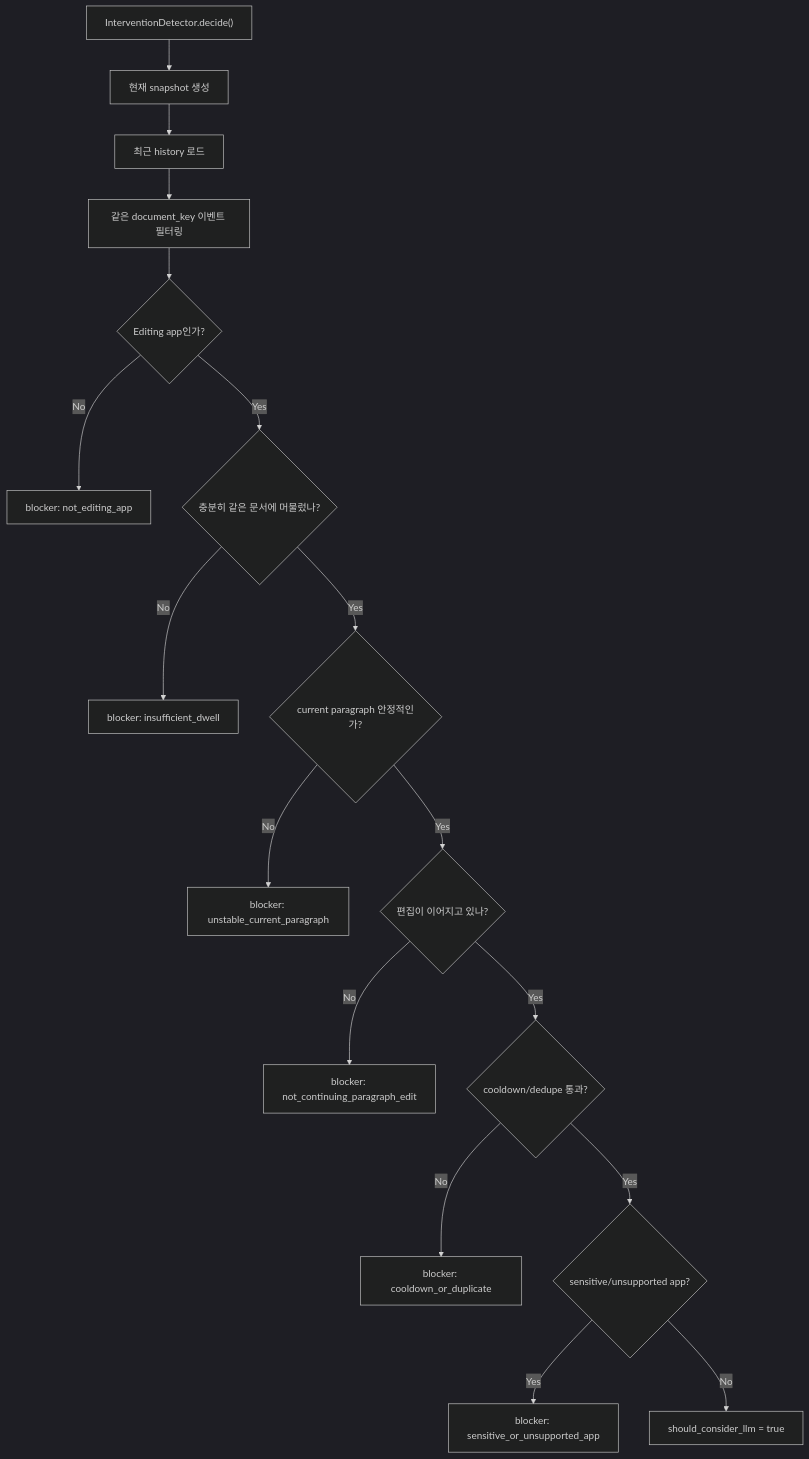
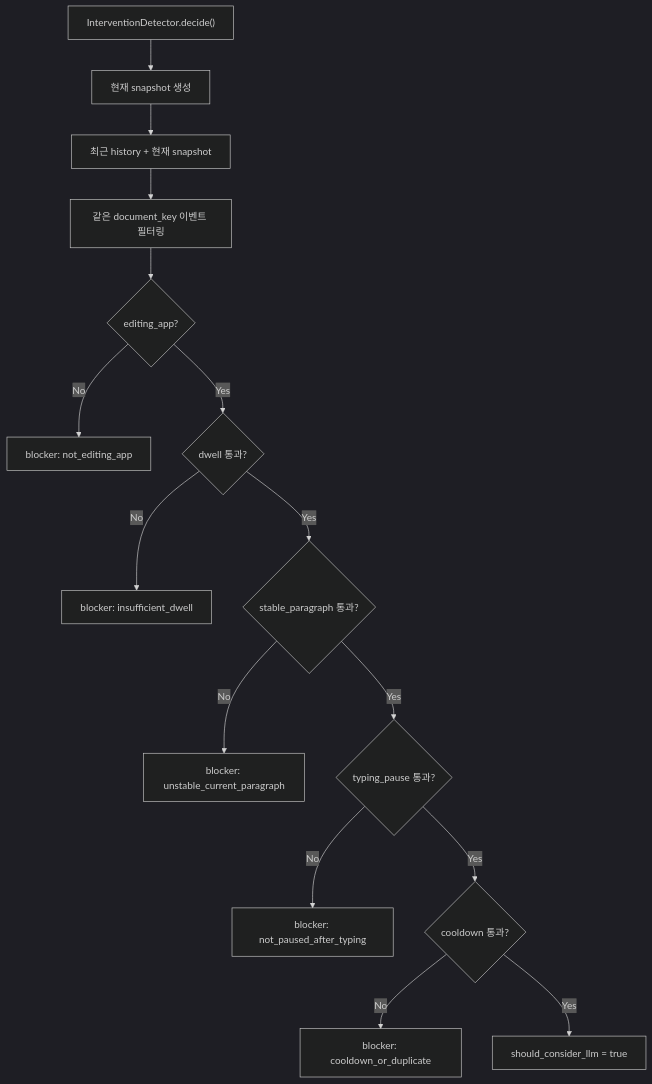
Before and after one commit to 2026-1-CAU-Capstone-Design-Team2/veritas: the diagram in services/screen_tool_funcs/README.md, drawn with Mermaid (dark theme). The commit also changed other lines of this file and 6 other files, not shown here.

````diff
--- a/services/screen_tool_funcs/README.md
+++ b/services/screen_tool_funcs/README.md
@@ -426,19 +242,17 @@
 ```mermaid
 flowchart TD
     A["InterventionDetector.decide()"] --> B["현재 snapshot 생성"]
-    B --> C["최근 history 로드"]
+    B --> C["최근 history + 현재 snapshot"]
     C --> D["같은 document_key 이벤트 필터링"]
-    D --> E{"Editing app인가?"}
-    E -- "No" --> Z["blocker: not_editing_app"]
-    E -- "Yes" --> F{"충분히 같은 문서에 머물렀나?"}
+    D --> E{"editing_app?"}
+    E -- "No" --> Z1["blocker: not_editing_app"]
+    E -- "Yes" --> F{"dwell 통과?"}
     F -- "No" --> Z2["blocker: insufficient_dwell"]
-    F -- "Yes" --> G{"current paragraph 안정적인가?"}
+    F -- "Yes" --> G{"stable_paragraph 통과?"}
     G -- "No" --> Z3["blocker: unstable_current_paragraph"]
-    G -- "Yes" --> H{"편집이 이어지고 있나?"}
-    H -- "No" --> Z4["blocker: not_continuing_paragraph_edit"]
-    H -- "Yes" --> I{"cooldown/dedupe 통과?"}
+    G -- "Yes" --> H{"typing_pause 통과?"}
+    H -- "No" --> Z4["blocker: not_paused_after_typing"]
+    H -- "Yes" --> I{"cooldown 통과?"}
     I -- "No" --> Z5["blocker: cooldown_or_duplicate"]
-    I -- "Yes" --> J{"sensitive/unsupported app?"}
-    J -- "Yes" --> Z6["blocker: sensitive_or_unsupported_app"]
-    J -- "No" --> K["should_consider_llm = true"]
+    I -- "Yes" --> K["should_consider_llm = true"]
 ```
````
